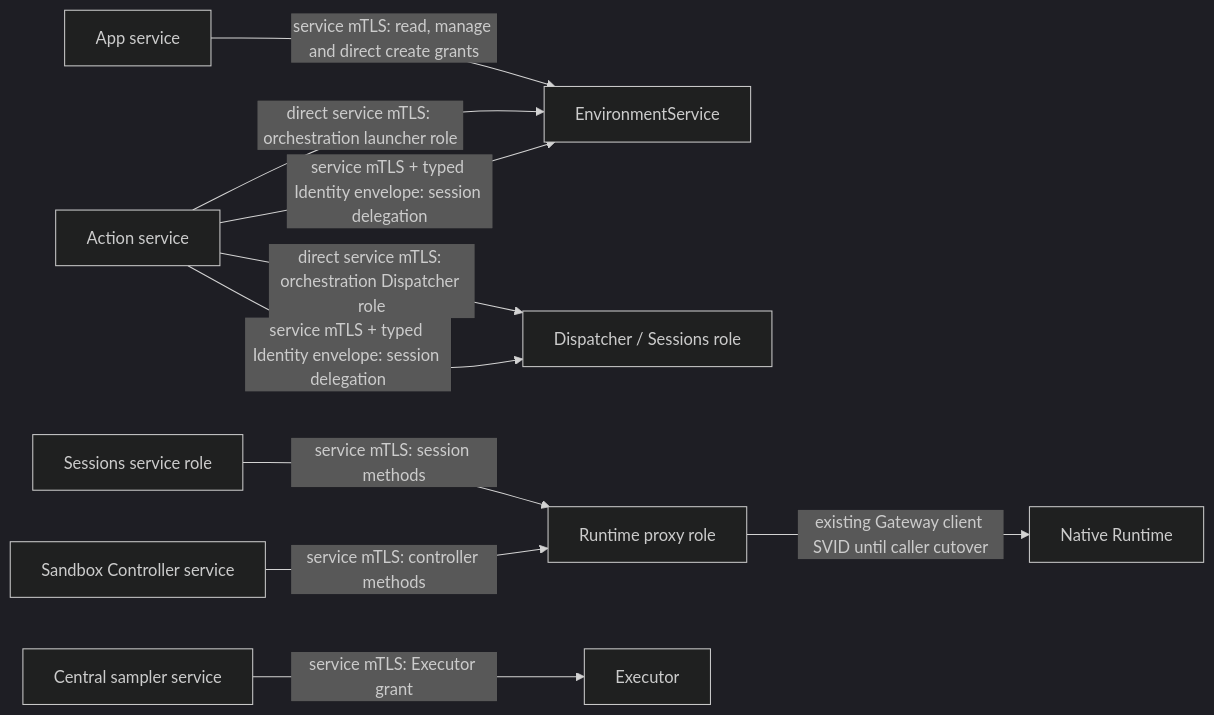
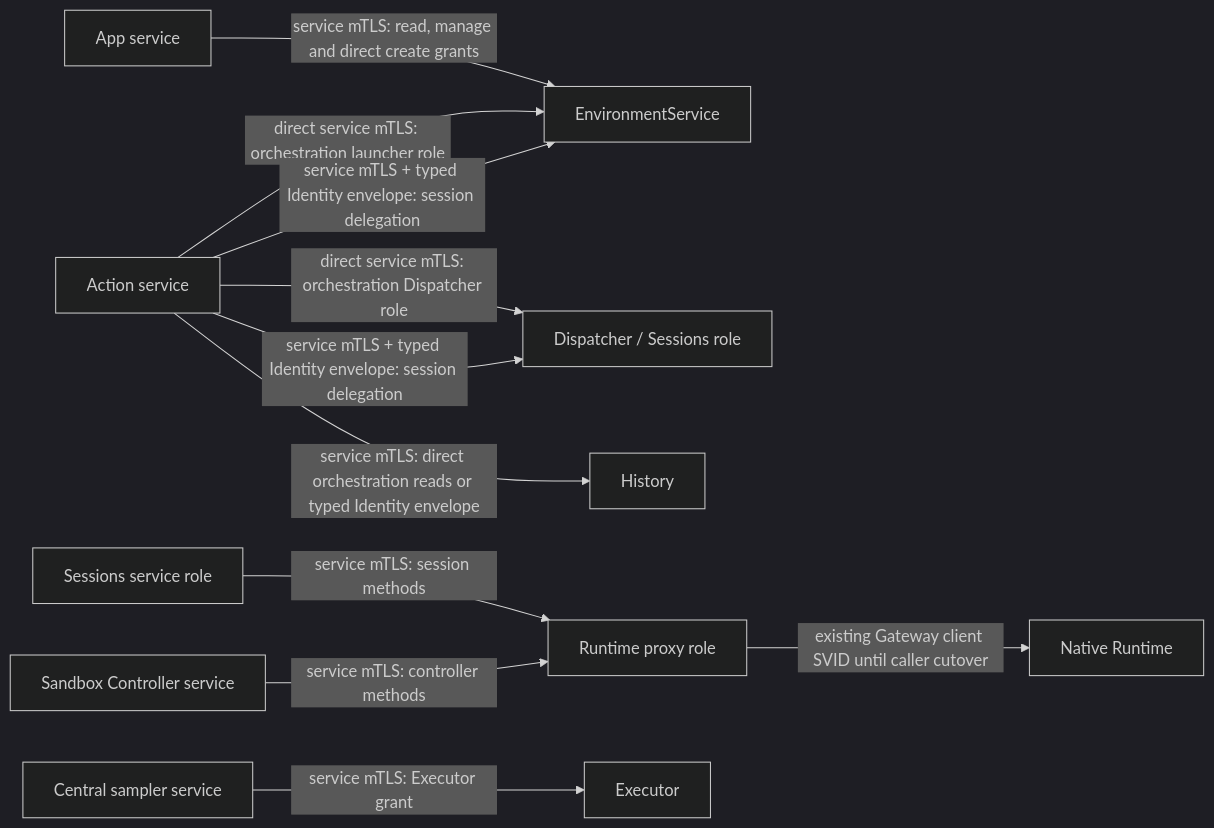
One commit to agentydragon/ducktape changed the third of 18 diagrams in agentplane/docs/system_overview.md. Above: the diagram before and after it, drawn with Mermaid (dark theme). The commit also changed other lines of this file and 2 other files, not shown here.

Commit message:
Present Actions SVID to Dispatcher and History peers

````diff
--- a/agentplane/docs/system_overview.md
+++ b/agentplane/docs/system_overview.md
@@ -364,12 +365,13 @@
 ```mermaid
 flowchart LR
     app[App service] -->|service mTLS: read, manage and direct create grants| environments[EnvironmentService]
     actions[Action service] -->|direct service mTLS: orchestration Dispatcher role| dispatcher[Dispatcher / Sessions role]
     actions -->|service mTLS + typed Identity envelope: session delegation| dispatcher
+    actions -->|service mTLS: direct orchestration reads or typed Identity envelope| history[History]
     actions -->|direct service mTLS: orchestration launcher role| environments
     actions -->|service mTLS + typed Identity envelope: session delegation| environments
     sessions[Sessions service role] -->|service mTLS: session methods| proxy[Runtime proxy role]
     controller[Sandbox Controller service] -->|service mTLS: controller methods| proxy
     sampler[Central sampler service] -->|service mTLS: Executor grant| executor[Executor]
     proxy -->|existing Gateway client SVID until caller cutover| runtime[Native Runtime]
 ```
````
